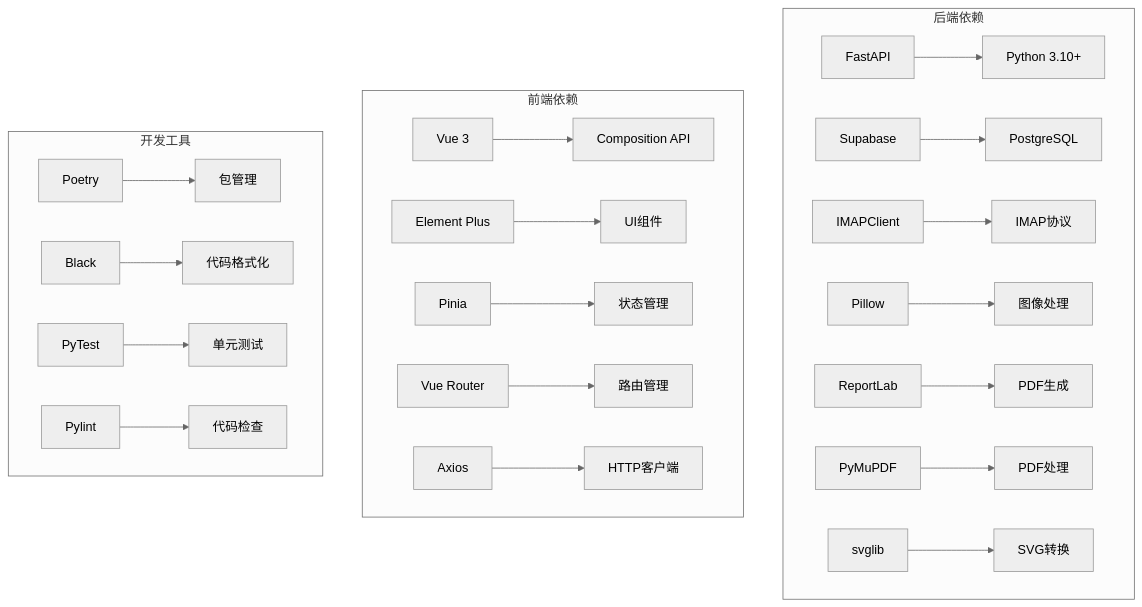
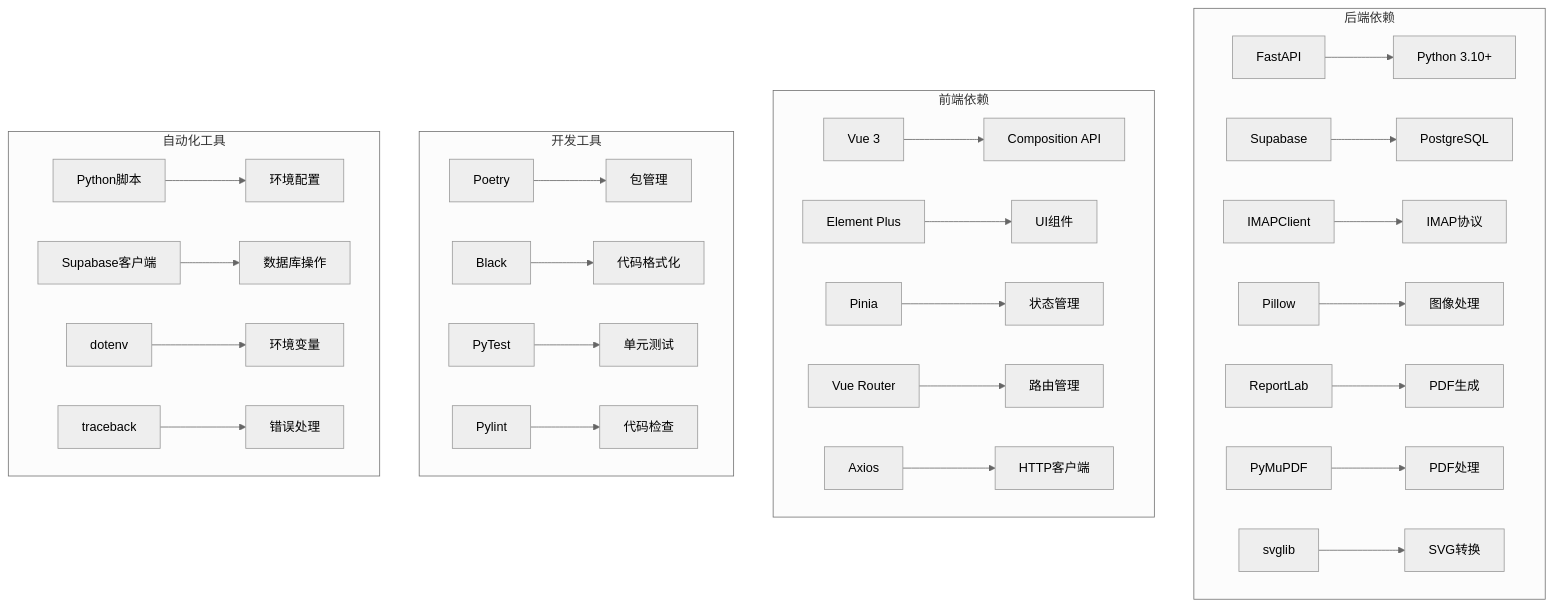
One commit to SY6621/POD-Order-Management changed the ninth of 9 diagrams in .qoder/repowiki/zh/content/开发指南/邮件模板管理系统.md. Above: the diagram before and after it, drawn with Mermaid (neutral theme). The commit also changed other lines of this file and 18 other files, not shown here.

````diff
--- a/.qoder/repowiki/zh/content/开发指南/邮件模板管理系统.md
+++ b/.qoder/repowiki/zh/content/开发指南/邮件模板管理系统.md
@@ -322,25 +472,31 @@
 ```mermaid
 graph TB
 subgraph "后端依赖"
 A[FastAPI] --> B[Python 3.10+]
 C[Supabase] --> D[PostgreSQL]
 E[IMAPClient] --> F[IMAP协议]
 G[Pillow] --> H[图像处理]
 I[ReportLab] --> J[PDF生成]
 K[PyMuPDF] --> L[PDF处理]
 M[svglib] --> N[SVG转换]
 end
 subgraph "前端依赖"
 O[Vue 3] --> P[Composition API]
 Q[Element Plus] --> R[UI组件]
 S[Pinia] --> T[状态管理]
 U[Vue Router] --> V[路由管理]
 W[Axios] --> X[HTTP客户端]
 end
 subgraph "开发工具"
 Y[Poetry] --> Z[包管理]
 AA[Black] --> BB[代码格式化]
 CC[PyTest] --> DD[单元测试]
 EE[Pylint] --> FF[代码检查]
 end
+subgraph "自动化工具"
+GG[Python脚本] --> HH[环境配置]
+II[Supabase客户端] --> JJ[数据库操作]
+KK[dotenv] --> LL[环境变量]
+MM[traceback] --> NN[错误处理]
+end
 ```
````
